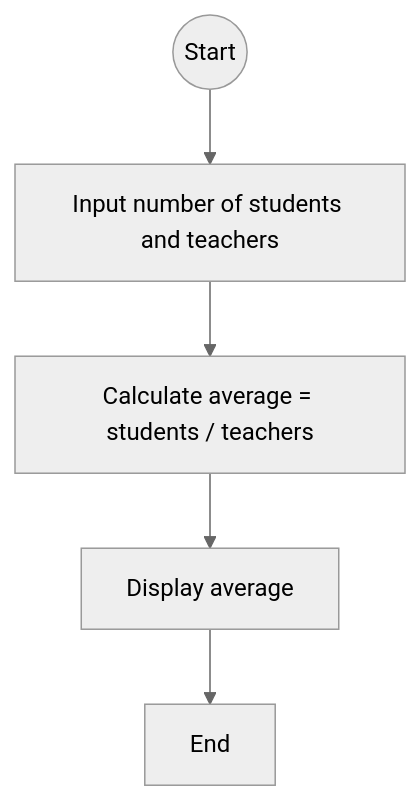
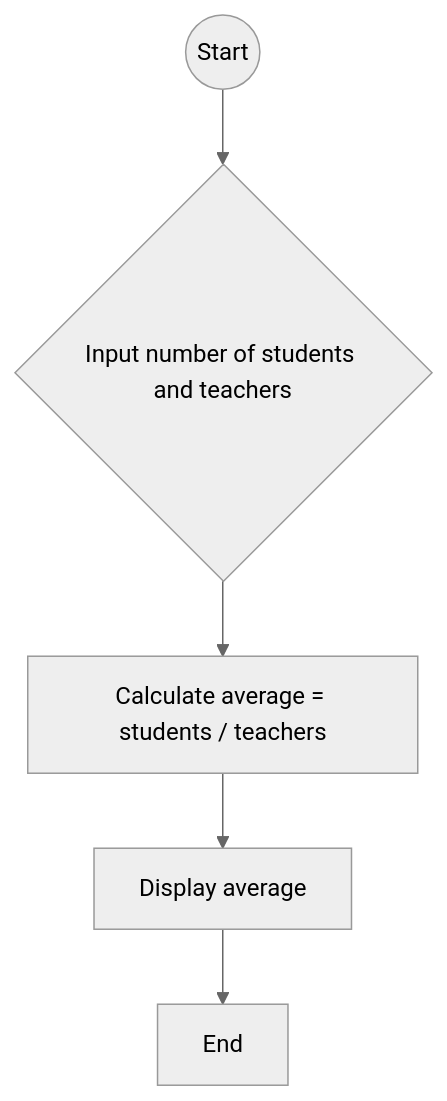
One commit to zmef/cplusplus changed the diagram in EX1.md. Above: the diagram before and after it, drawn with Mermaid (neutral theme).

````diff
--- a/EX1.md
+++ b/EX1.md
@@ -1,7 +1,7 @@
 ```mermaid
 flowchart TD;
-    A((Start)) --> B[Input number of students and teachers];
+    A((Start)) --> B{Input number of students and teachers};
     B --> C[Calculate average = students / teachers];
     C --> D[Display average];
     D --> E[End];
 ```
````
